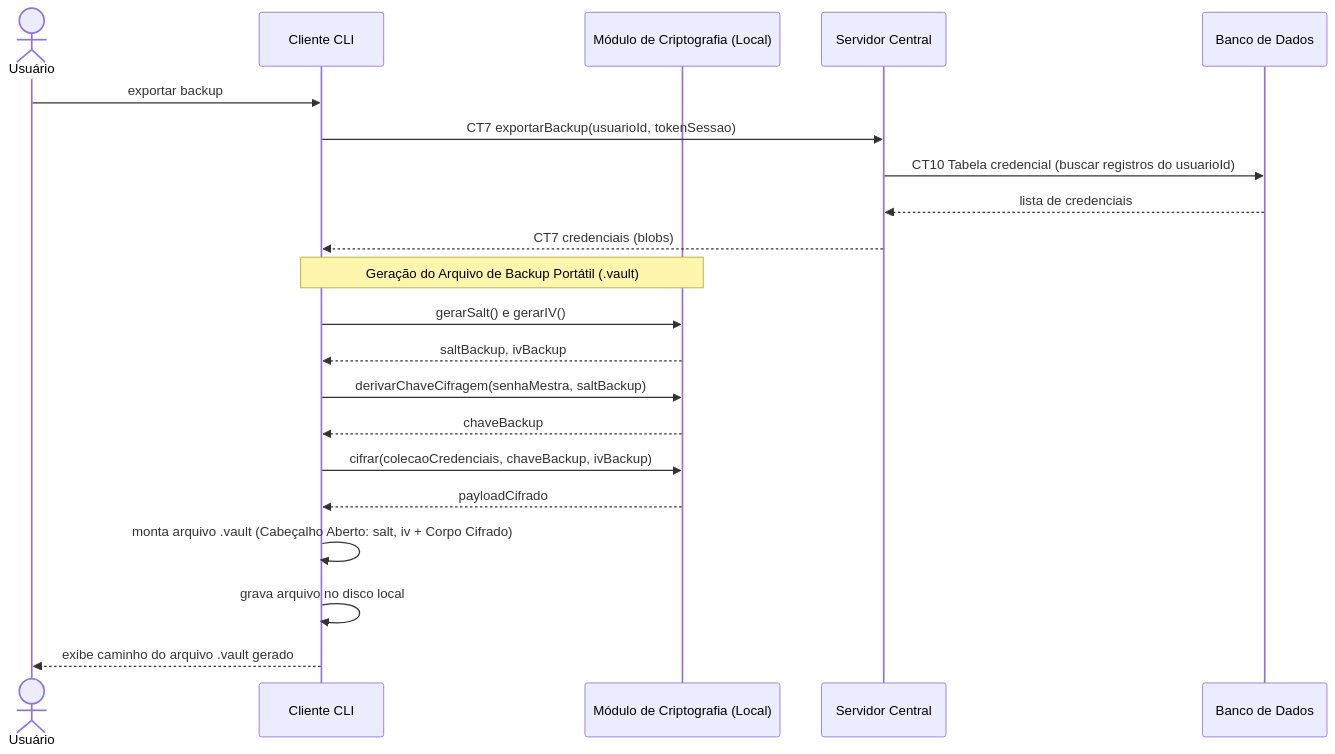
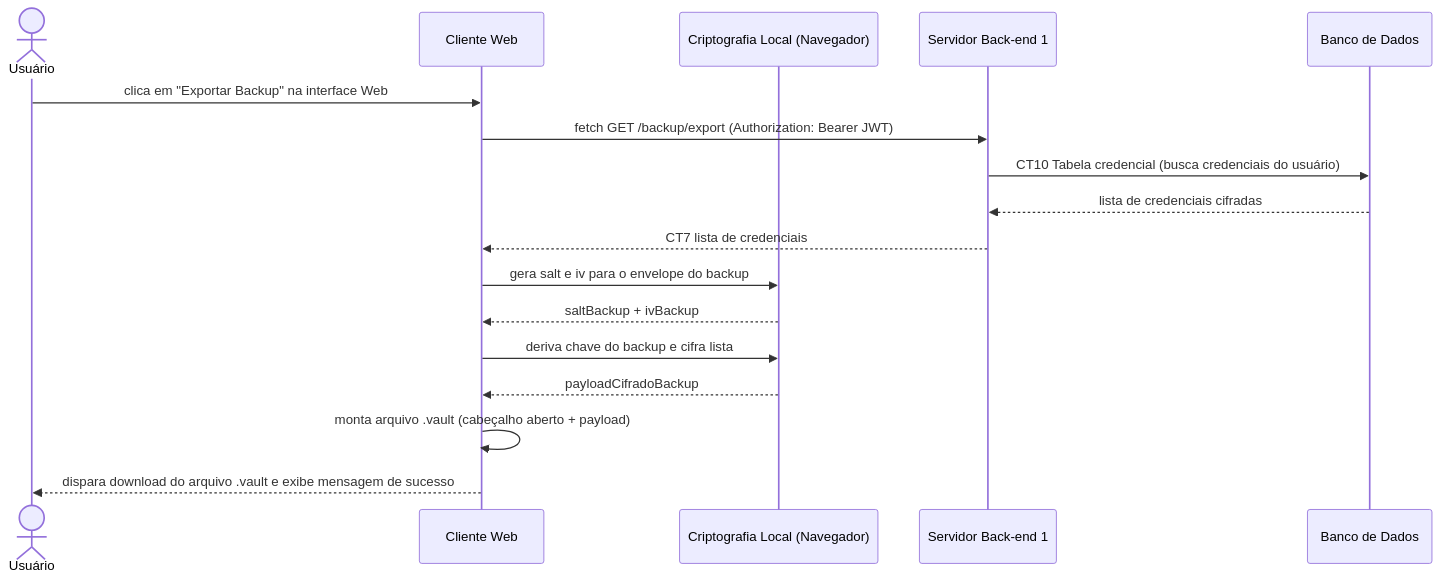
The diagram in docs/fluxos/E8-backup-cifrado.md (egili/pi4-0101-g6-frontend), drawn with Mermaid before and after one commit. The commit also changed other lines of this file and 11 other files, not shown here.

Commit message:
fix(cliente): remove referencias a CLI e consolida front-end web com API e cifragem local (refs #834, TASK H05.3)

````diff
--- a/docs/fluxos/E8-backup-cifrado.md
+++ b/docs/fluxos/E8-backup-cifrado.md
@@ -53,26 +53,20 @@
 ```mermaid
 sequenceDiagram
     actor U as Usuário
-    participant C as Cliente CLI
-    participant CM as Módulo de Criptografia (Local)
-    participant S as Servidor Central
+    participant C as Cliente Web
+    participant CM as Criptografia Local (Navegador)
+    participant S as Servidor Back-end 1
     participant DB as Banco de Dados
 
-    U->>C: exportar backup
-    C->>S: CT7 exportarBackup(usuarioId, tokenSessao)
-    S->>DB: CT10 Tabela credencial (buscar registros do usuarioId)
-    DB-->>S: lista de credenciais
-    S-->>C: CT7 credenciais (blobs)
-
-    Note over C,CM: Geração do Arquivo de Backup Portátil (.vault)
-    C->>CM: gerarSalt() e gerarIV()
-    CM-->>C: saltBackup, ivBackup
-    C->>CM: derivarChaveCifragem(senhaMestra, saltBackup)
-    CM-->>C: chaveBackup
-    C->>CM: cifrar(colecaoCredenciais, chaveBackup, ivBackup)
-    CM-->>C: payloadCifrado
-
-    C->>C: monta arquivo .vault (Cabeçalho Aberto: salt, iv + Corpo Cifrado)
-    C->>C: grava arquivo no disco local
-    C-->>U: exibe caminho do arquivo .vault gerado
+    U->>C: clica em "Exportar Backup" na interface Web
+    C->>S: fetch GET /backup/export (Authorization: Bearer JWT)
+    S->>DB: CT10 Tabela credencial (busca credenciais do usuário)
+    DB-->>S: lista de credenciais cifradas
+    S-->>C: CT7 lista de credenciais
+    C->>CM: gera salt e iv para o envelope do backup
+    CM-->>C: saltBackup + ivBackup
+    C->>CM: deriva chave do backup e cifra lista
+    CM-->>C: payloadCifradoBackup
+    C->>C: monta arquivo .vault (cabeçalho aberto + payload)
+    C-->>U: dispara download do arquivo .vault e exibe mensagem de sucesso
 ```
````
